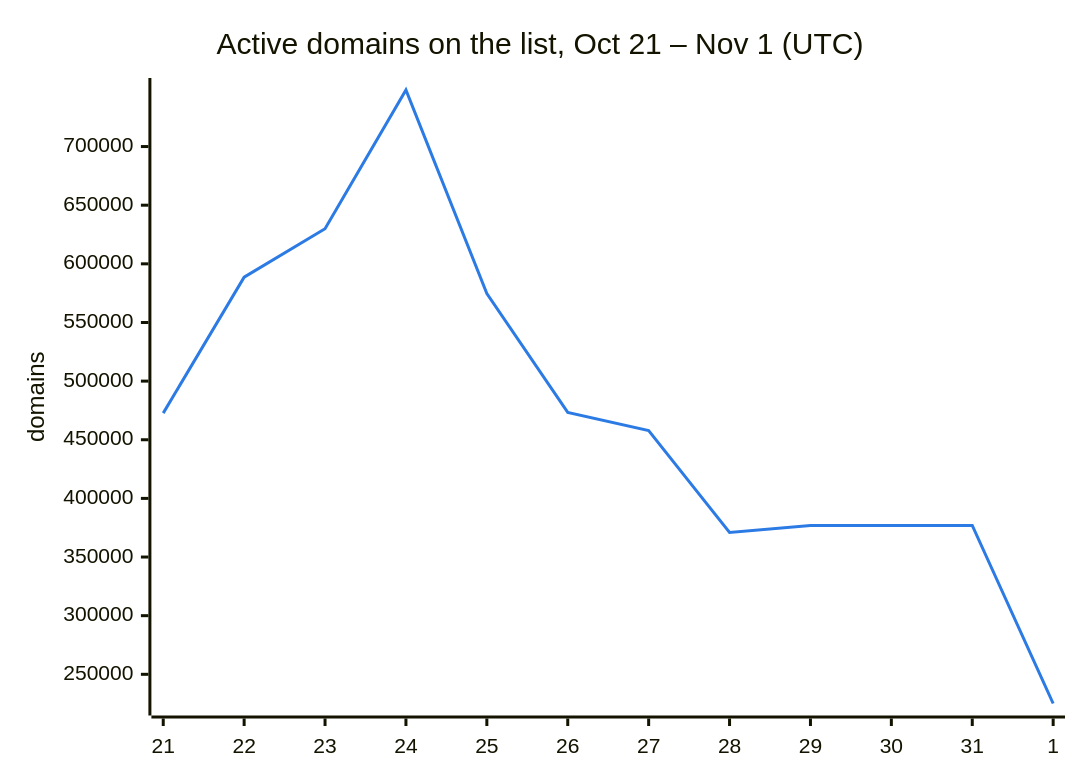
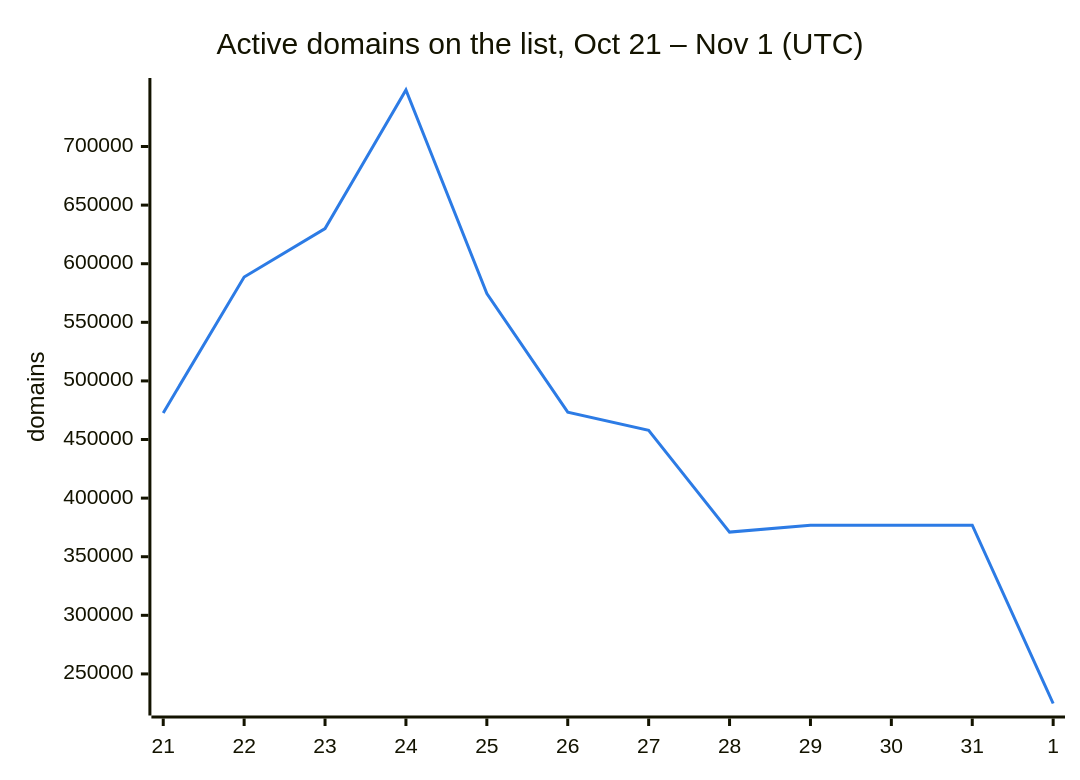
The second of 3 diagrams in README.md (DNSBunker/CTI), drawn with Mermaid before and after one commit. The commit also changed other lines of this file and 3 other files, not shown here.

````diff
--- a/README.md
+++ b/README.md
@@ -38,8 +38,8 @@
 ```mermaid
 %%{init: {"themeVariables": {"xyChart": {"plotColorPalette": "#2c7be5"}}}}%%
 xychart-beta
     title "Active domains on the list, Oct 21 – Nov 1 (UTC)"
     x-axis ["21", "22", "23", "24", "25", "26", "27", "28", "29", "30", "31", "1"]
     y-axis "domains"
-    line [472713, 588659, 629951, 748222, 574614, 473331, 457795, 371010, 376945, 376945, 376945, 225114]
+    line [472713, 588659, 629951, 748222, 574614, 473331, 457795, 371010, 376945, 376945, 376945, 224766]
 ```
````
